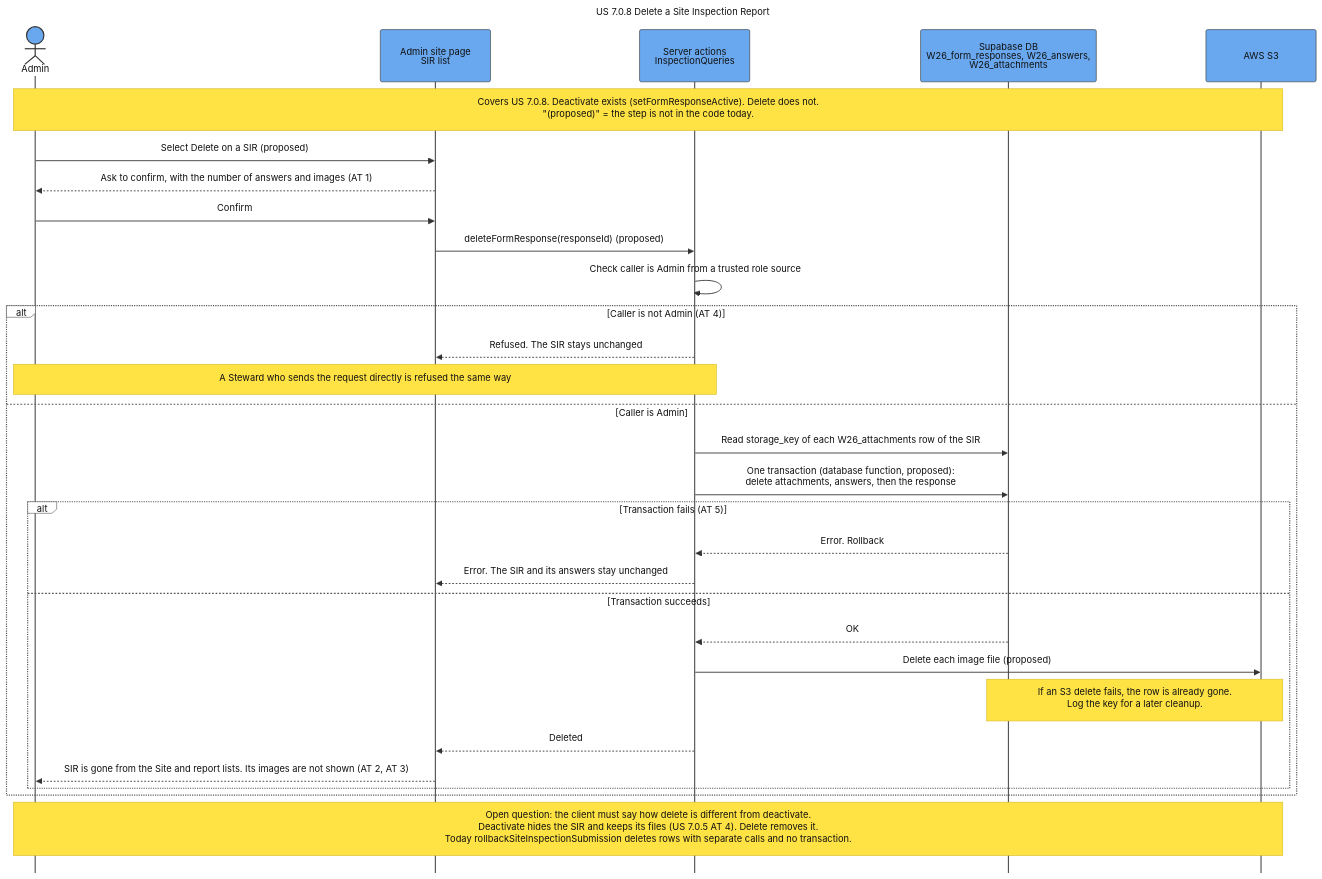
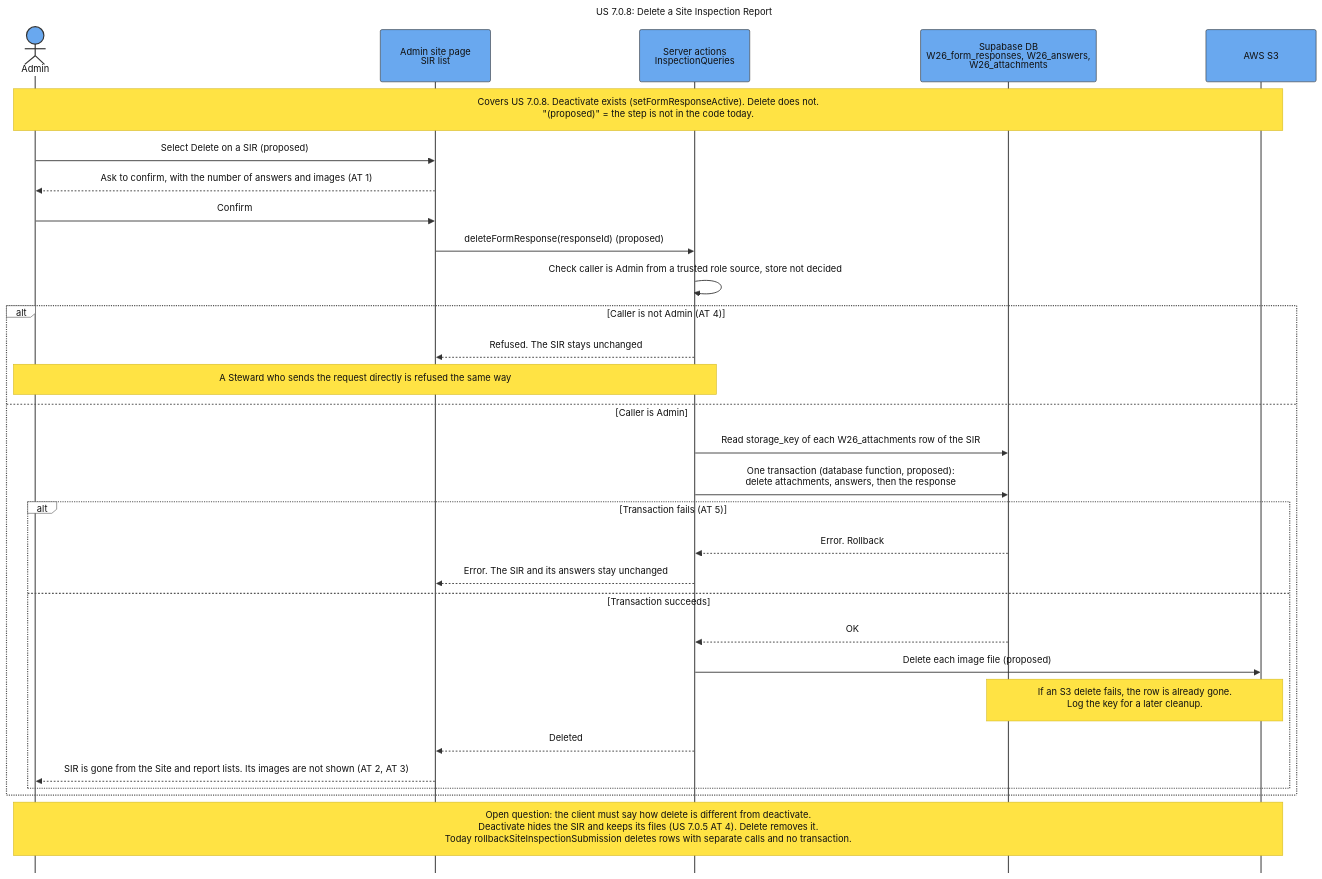
One commit to SAPAA-Dev/W26Project-SAPAA-Dev-Team changed the diagram in docs/assets/Sequence_US_7_0_8_Delete_SIR.mmd. Above: the diagram before and after it, drawn with Mermaid. The commit also changed 91 other files, not shown here.

```diff
--- a/docs/assets/Sequence_US_7_0_8_Delete_SIR.mmd
+++ b/docs/assets/Sequence_US_7_0_8_Delete_SIR.mmd
@@ -1,75 +1,75 @@
 ---
-title: "US 7.0.8 Delete a Site Inspection Report"
+title: "US 7.0.8: Delete a Site Inspection Report"
 config:
   theme: base
   sequence:
     actorMargin: 75
     boxMargin: 12
     diagramMarginX: 45
     diagramMarginY: 30
     messageMargin: 40
     noteMargin: 16
     mirrorActors: false
     width: 190
     height: 90
   themeVariables:
     background: "#ffffff"
     primaryColor: "#69a8ef"
     primaryBorderColor: "#333333"
     primaryTextColor: "#111111"
     actorBkg: "#69a8ef"
     actorBorder: "#333333"
     actorTextColor: "#111111"
     actorLineColor: "#555555"
     signalColor: "#333333"
     signalTextColor: "#111111"
     activationBkgColor: "#cdd3db"
     activationBorderColor: "#cdd3db"
     noteBkgColor: "#ffe344"
     noteBorderColor: "#d4ba24"
     noteTextColor: "#111111"
     labelBoxBkgColor: "#ffffff"
     labelBoxBorderColor: "#555555"
     labelTextColor: "#111111"
     loopTextColor: "#111111"
     altBackground: "#ffffff"
   themeCSS: |
     .actor-line {
       stroke-dasharray: 10 10 !important;
       stroke-width: 1.25px !important;
     }
 ---
 sequenceDiagram
     autonumber off
     actor Admin
     participant Page as Admin site page<br/>SIR list
     participant Server as Server actions<br/>InspectionQueries
     participant DB as Supabase DB<br/>W26_form_responses, W26_answers,<br/>W26_attachments
     participant S3 as AWS S3
 
     Note over Admin,S3: Covers US 7.0.8. Deactivate exists (setFormResponseActive). Delete does not.<br/>"(proposed)" = the step is not in the code today.
 
     Admin->>Page: Select Delete on a SIR (proposed)
     Page-->>Admin: Ask to confirm, with the number of answers and images (AT 1)
     Admin->>Page: Confirm
     Page->>Server: deleteFormResponse(responseId) (proposed)
-    Server->>Server: Check caller is Admin from a trusted role source
+    Server->>Server: Check caller is Admin from a trusted role source, store not decided
     alt Caller is not Admin (AT 4)
         Server-->>Page: Refused. The SIR stays unchanged
         Note over Admin,Server: A Steward who sends the request directly is refused the same way
     else Caller is Admin
         Server->>DB: Read storage_key of each W26_attachments row of the SIR
         Server->>DB: One transaction (database function, proposed):<br/>delete attachments, answers, then the response
         alt Transaction fails (AT 5)
             DB-->>Server: Error. Rollback
             Server-->>Page: Error. The SIR and its answers stay unchanged
         else Transaction succeeds
             DB-->>Server: OK
             Server->>S3: Delete each image file (proposed)
             Note over DB,S3: If an S3 delete fails, the row is already gone.<br/>Log the key for a later cleanup.
             Server-->>Page: Deleted
             Page-->>Admin: SIR is gone from the Site and report lists. Its images are not shown (AT 2, AT 3)
         end
     end
 
     Note over Admin,S3: Open question: the client must say how delete is different from deactivate.<br/>Deactivate hides the SIR and keeps its files (US 7.0.5 AT 4). Delete removes it.<br/>Today rollbackSiteInspectionSubmission deletes rows with separate calls and no transaction.
```
